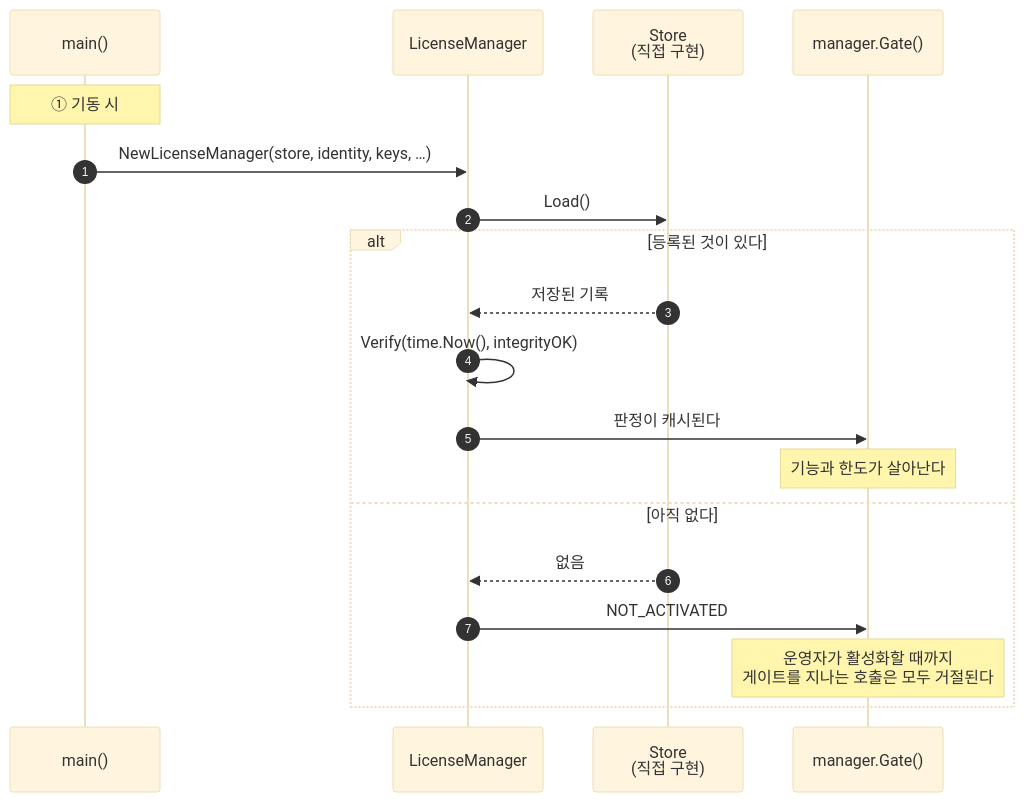
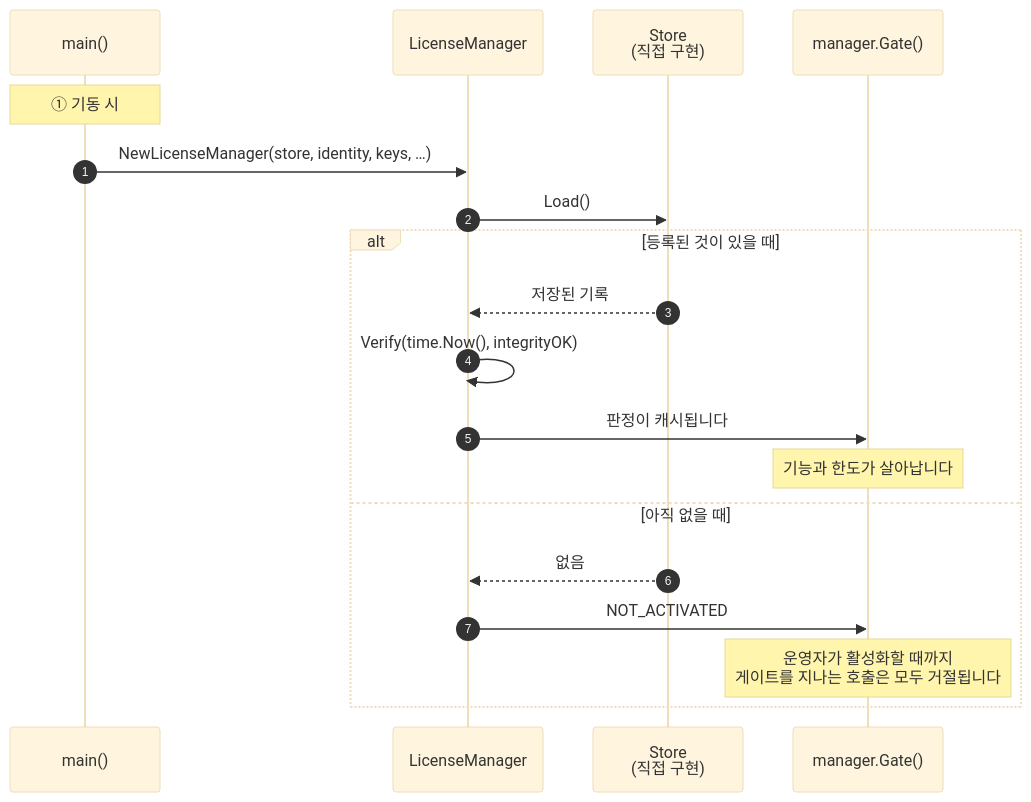
The first of 2 diagrams in docs/manual/ko/go.md (accesscore-dev/accesscore-license-sdk-dist), drawn with Mermaid (base theme) before and after one commit. The commit also changed other lines of this file and 6 other files, not shown here.

Commit message:
docs: hold the Korean diagrams to the same style as the prose

````diff
--- a/docs/manual/ko/go.md
+++ b/docs/manual/ko/go.md
@@ -7,22 +7,22 @@
 ```mermaid
 sequenceDiagram
     autonumber
     participant Boot as main()
     participant Mgr as LicenseManager
     participant Store as Store<br/>(직접 구현)
     participant Gate as manager.Gate()
 
     Note over Boot: ① 기동 시
     Boot->>Mgr: NewLicenseManager(store, identity, keys, …)
     Mgr->>Store: Load()
-    alt 등록된 것이 있다
+    alt 등록된 것이 있을 때
         Store-->>Mgr: 저장된 기록
         Mgr->>Mgr: Verify(time.Now(), integrityOK)
-        Mgr->>Gate: 판정이 캐시된다
-        Note over Gate: 기능과 한도가 살아난다
-    else 아직 없다
+        Mgr->>Gate: 판정이 캐시됩니다
+        Note over Gate: 기능과 한도가 살아납니다
+    else 아직 없을 때
         Store-->>Mgr: 없음
         Mgr->>Gate: NOT_ACTIVATED
-        Note over Gate: 운영자가 활성화할 때까지<br/>게이트를 지나는 호출은 모두 거절된다
+        Note over Gate: 운영자가 활성화할 때까지<br/>게이트를 지나는 호출은 모두 거절됩니다
     end
 ```
````
